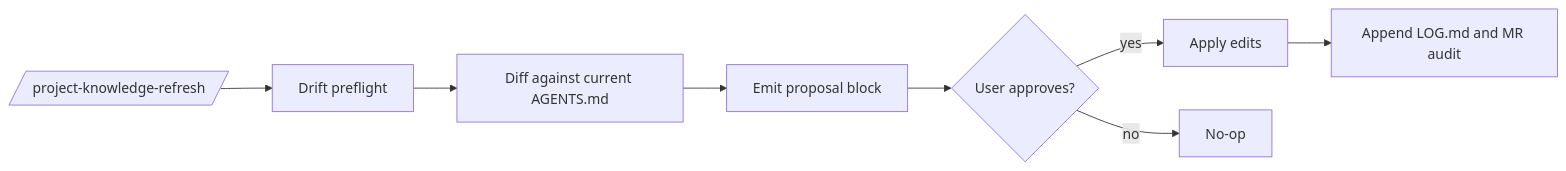
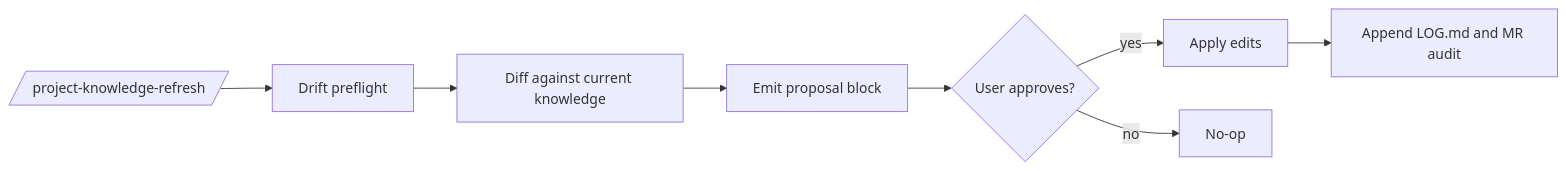
One commit to palaeologic/opencode-conductor changed the first of 2 diagrams in docusaurus/commands/knowledge-maintenance.md. Above: the diagram before and after it, drawn with Mermaid. The commit also changed other lines of this file and 373 other files, not shown here.

````diff
--- a/docusaurus/commands/knowledge-maintenance.md
+++ b/docusaurus/commands/knowledge-maintenance.md
@@ -47,10 +47,10 @@
 ```mermaid
 flowchart LR
   Run[/project-knowledge-refresh/] --> Drift[Drift preflight]
-  Drift --> Diff[Diff against current AGENTS.md]
+  Drift --> Diff[Diff against current knowledge]
   Diff --> Proposal[Emit proposal block]
   Proposal --> Approve{User approves?}
   Approve -- yes --> Write[Apply edits]
   Approve -- no --> Stop[No-op]
   Write --> Audit[Append LOG.md and MR audit]
 ```
````
